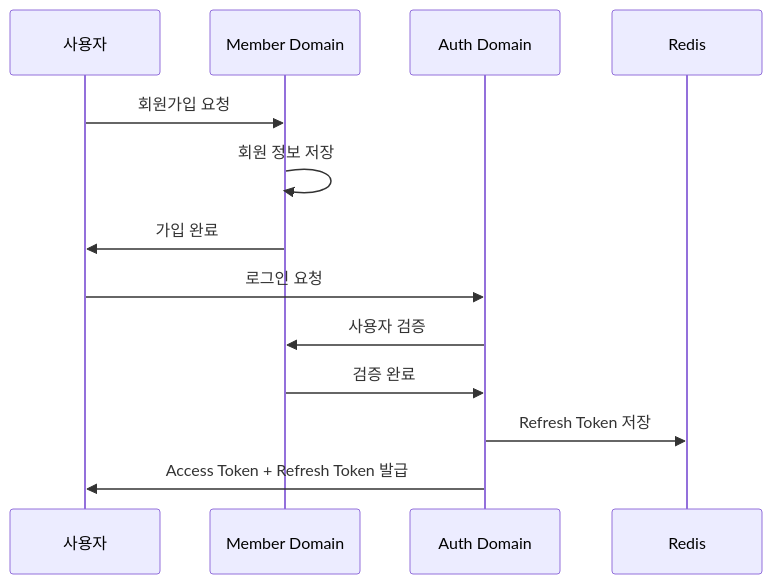
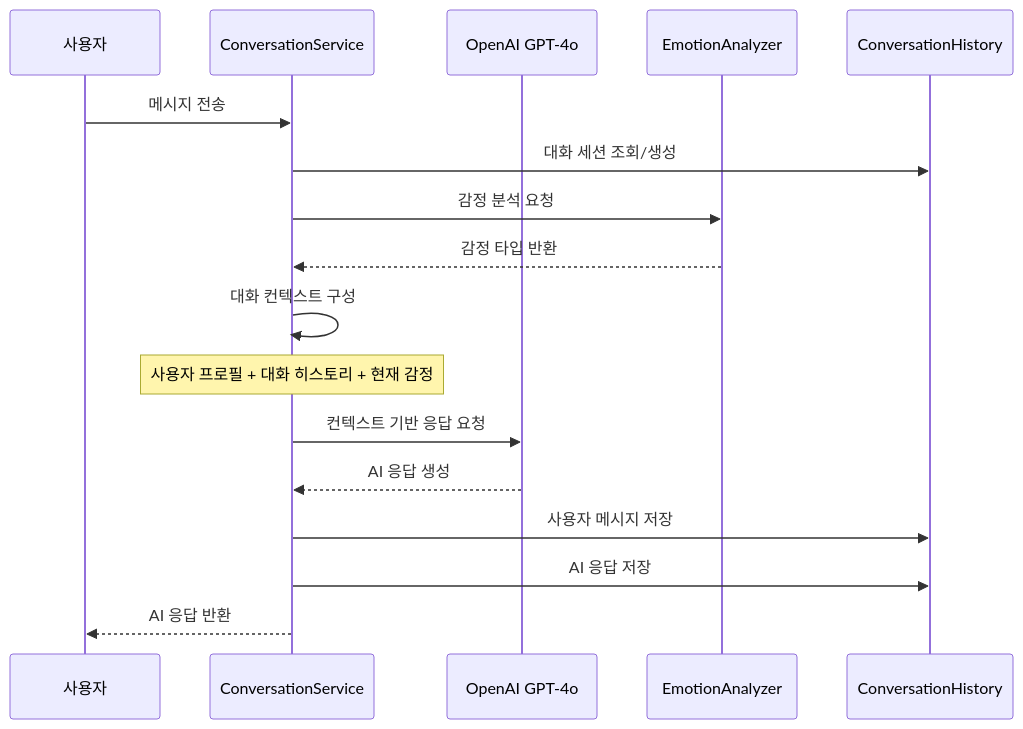
Before and after one commit to MARUNI-Service/MARUNI-SERVER: the fourth of 7 diagrams in docs/user_flow_diagram.md, drawn with Mermaid. The commit also changed other lines of this file and 2 other files, not shown here.

````diff
--- a/docs/user_flow_diagram.md
+++ b/docs/user_flow_diagram.md
@@ -78,17 +215,24 @@
 ```mermaid
 sequenceDiagram
     participant U as 사용자
-    participant M as Member Domain
-    participant A as Auth Domain
-    participant R as Redis
+    participant C as ConversationService
+    participant AI as OpenAI GPT-4o
+    participant E as EmotionAnalyzer
+    participant H as ConversationHistory
 
-    U->>M: 회원가입 요청
-    M->>M: 회원 정보 저장
-    M->>U: 가입 완료
+    U->>C: 메시지 전송
+    C->>H: 대화 세션 조회/생성
+    C->>E: 감정 분석 요청
+    E-->>C: 감정 타입 반환
 
-    U->>A: 로그인 요청
-    A->>M: 사용자 검증
-    M->>A: 검증 완료
-    A->>R: Refresh Token 저장
-    A->>U: Access Token + Refresh Token 발급
+    C->>C: 대화 컨텍스트 구성
+    Note over C: 사용자 프로필 + 대화 히스토리 + 현재 감정
+
+    C->>AI: 컨텍스트 기반 응답 요청
+    AI-->>C: AI 응답 생성
+
+    C->>H: 사용자 메시지 저장
+    C->>H: AI 응답 저장
+
+    C-->>U: AI 응답 반환
 ```
````
